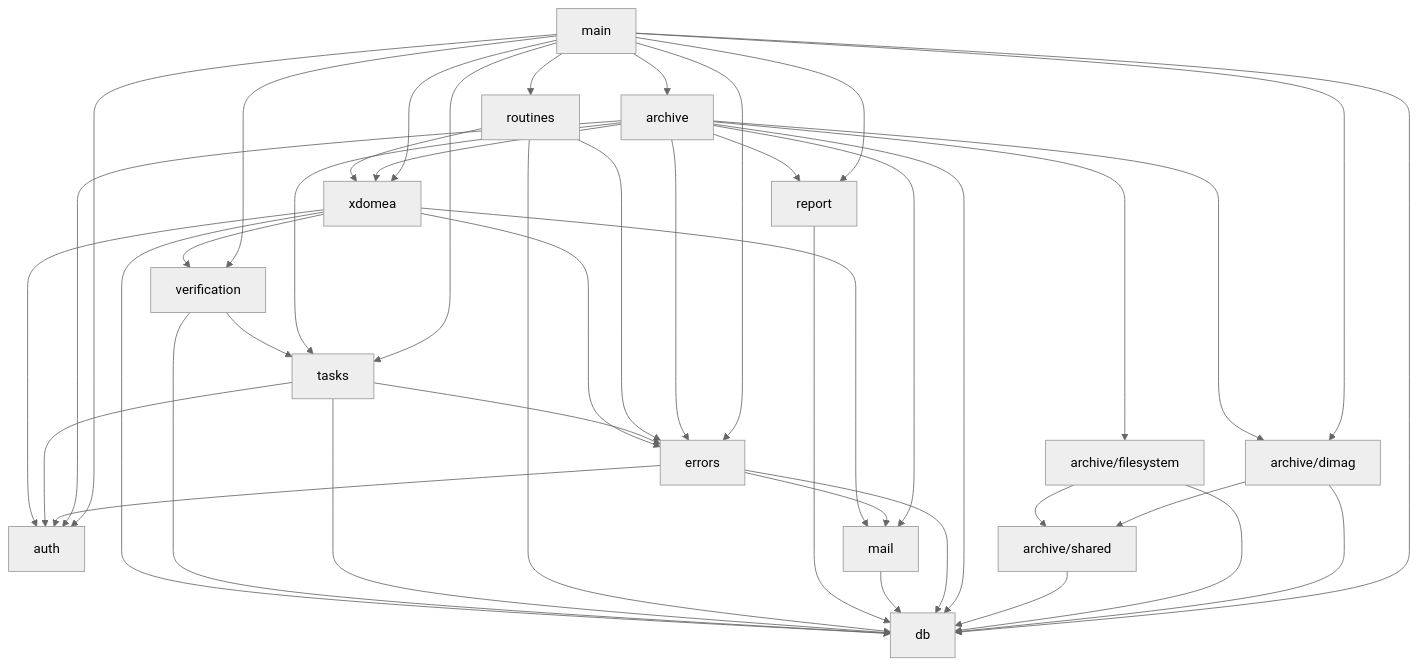
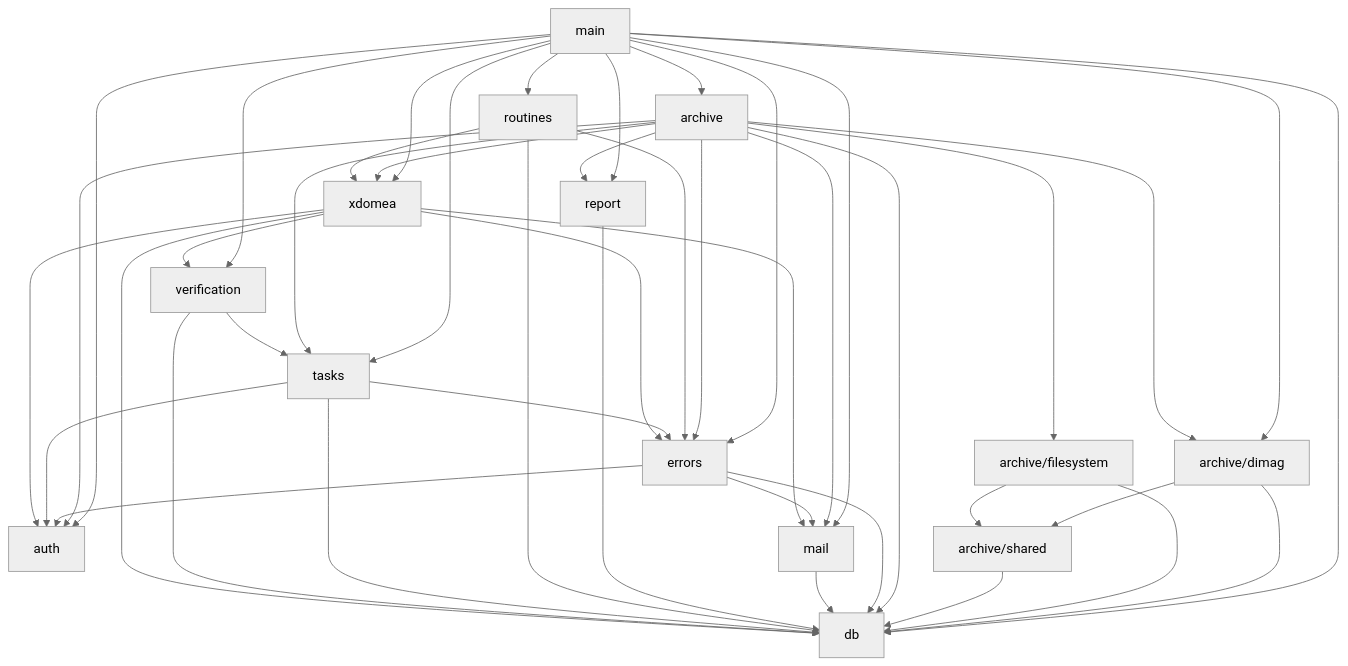
The diagram in doc/Architecture.md (Landesarchiv-Thueringen/x-man), drawn with Mermaid (neutral theme) before and after one commit. The commit also changed 6 other files, not shown here.

````diff
--- a/doc/Architecture.md
+++ b/doc/Architecture.md
@@ -7,45 +7,46 @@
 ```mermaid
 graph TD;
     main-->archive
     main-->archive/dimag
 	main-->auth
 	main-->db
 	main-->errors
+	main-->mail
 	main-->report
 	main-->routines
 	main-->tasks
 	main-->verification
 	main-->xdomea
     archive/dimag-->db
     archive/dimag-->archive/shared
     archive/filesystem-->db
     archive/filesystem-->archive/shared
     archive/shared-->db
 	archive-->archive/dimag
 	archive-->archive/filesystem
 	archive-->auth
 	archive-->db
 	archive-->errors
 	archive-->mail
 	archive-->report
 	archive-->tasks
 	archive-->xdomea
     errors-->auth
 	errors-->db
 	errors-->mail
     mail-->db
     report-->db
     routines-->db
 	routines-->errors
 	routines-->xdomea
     tasks-->auth
     tasks-->errors
 	tasks-->db
     verification-->db
     verification-->tasks
 	xdomea-->auth
 	xdomea-->db
 	xdomea-->errors
 	xdomea-->mail
 	xdomea-->verification
 ```
````
